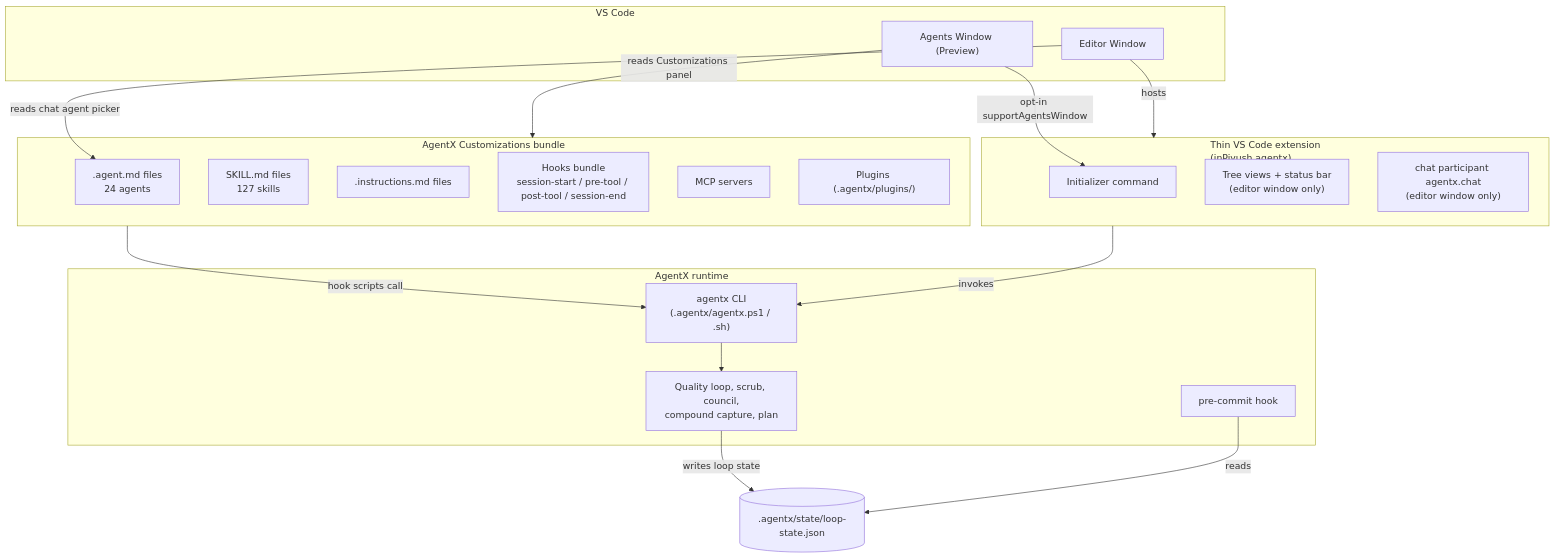
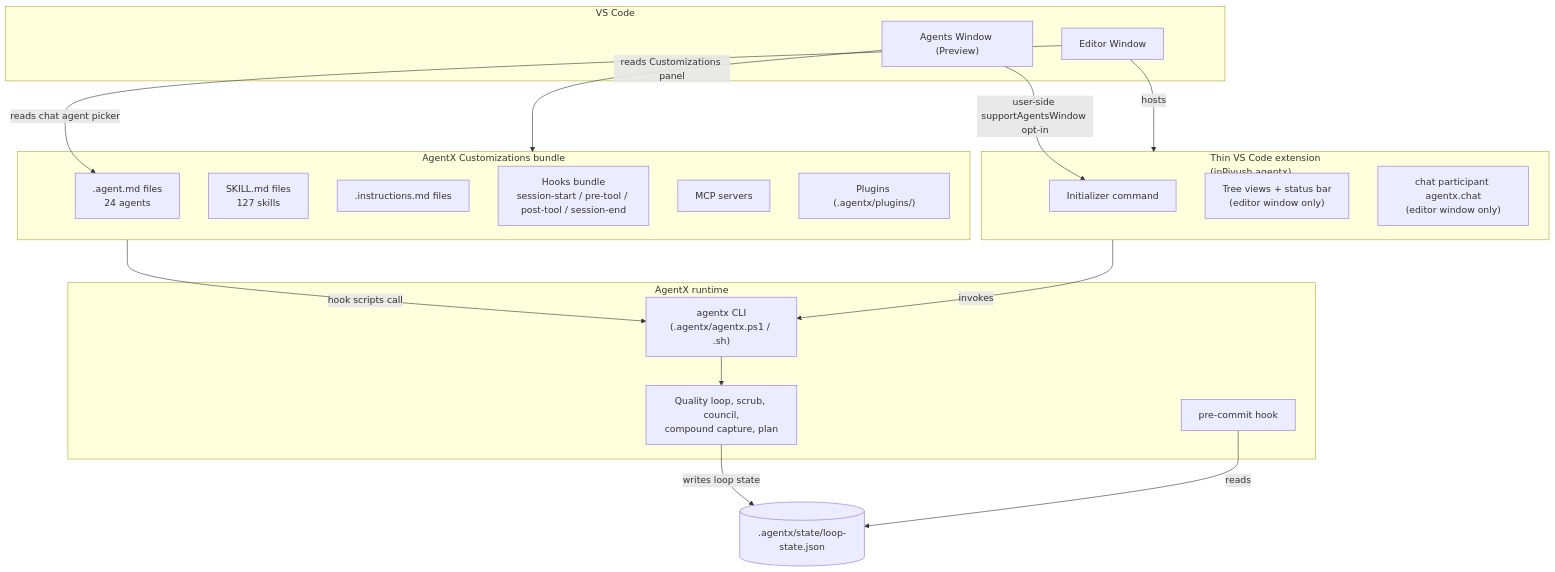
The first of 4 diagrams in docs/artifacts/specs/SPEC-400.md (jnPiyush/AgentX), drawn with Mermaid before and after one commit. The commit also changed other lines of this file and 2 other files, not shown here.

First line of the commit message:
docs: correct SPEC-400 agents-window opt-in to user-side setting + harden shell test flake (refs #400)

````diff
--- a/docs/artifacts/specs/SPEC-400.md
+++ b/docs/artifacts/specs/SPEC-400.md
@@ -85,39 +87,39 @@
 ```mermaid
 flowchart TB
   subgraph VSC["VS Code"]
     AW["Agents Window (Preview)"]
     EW["Editor Window"]
   end
 
   subgraph BUNDLE["AgentX Customizations bundle"]
     AGENTS[".agent.md files<br/>24 agents"]
     SKILLS["SKILL.md files<br/>127 skills"]
     INSTR[".instructions.md files"]
     HOOKS["Hooks bundle<br/>session-start / pre-tool / post-tool / session-end"]
     MCP["MCP servers"]
     PLUG["Plugins (.agentx/plugins/)"]
   end
 
   subgraph RUNTIME["AgentX runtime"]
     CLI["agentx CLI<br/>(.agentx/agentx.ps1 / .sh)"]
     GATES["Quality loop, scrub, council,<br/>compound capture, plan"]
     HOOK["pre-commit hook"]
   end
 
   subgraph EXTSURF["Thin VS Code extension<br/>(jnPiyush.agentx)"]
     INIT["Initializer command"]
     TV["Tree views + status bar<br/>(editor window only)"]
     CHATP["chat participant agentx.chat<br/>(editor window only)"]
   end
 
   AW -->|reads Customizations panel| BUNDLE
   EW -->|reads chat agent picker| AGENTS
   EW -->|hosts| EXTSURF
-  AW -->|opt-in supportAgentsWindow| INIT
+  AW -->|user-side supportAgentsWindow opt-in| INIT
 
   BUNDLE -->|hook scripts call| CLI
   EXTSURF -->|invokes| CLI
   CLI --> GATES
   GATES -->|writes loop state| LOOPSTATE[(".agentx/state/loop-state.json")]
   HOOK -->|reads| LOOPSTATE
 ```
````
